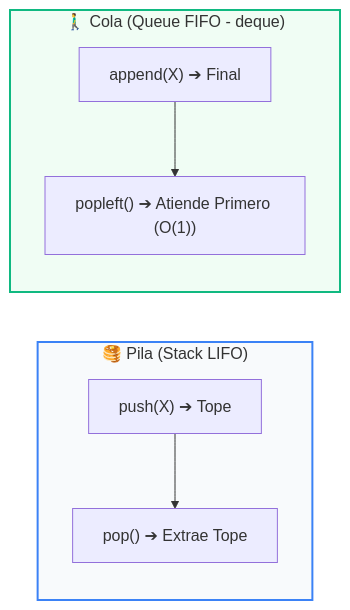
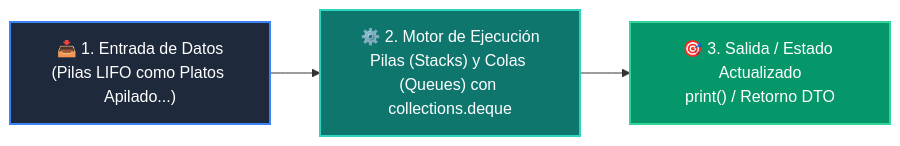
One commit to wisrovi/wisrovi-python changed the diagram in 02-algoritmos-estructuras/clase-02-pilas-y-colas/README.md. Above: the diagram before and after it, drawn with Mermaid. The commit also changed other lines of this file and 54 other files, not shown here.

Commit message:
refactor: clean repository root by moving maintenance scripts to scripts/ and restore rich high-contrast Mermaid diagrams for all classes and examples

````diff
--- a/02-algoritmos-estructuras/clase-02-pilas-y-colas/README.md
+++ b/02-algoritmos-estructuras/clase-02-pilas-y-colas/README.md
@@ -12,12 +12,9 @@
 ```mermaid
 flowchart LR
-    subgraph Pila["🥞 Pila (Stack LIFO)"]
-        P_IN["push(X) ➔ Tope"] --> P_OUT["pop() ➔ Extrae Tope"]
-    end
-    subgraph Cola["🚶‍♂️ Cola (Queue FIFO - deque)"]
-        Q_IN["append(X) ➔ Final"] --> Q_OUT["popleft() ➔ Atiende Primero (O(1))"]
-    end
+    A["📥 1. Entrada de Datos<br/>(Pilas LIFO como Platos Apilado...)"] --> B["⚙️ 2. Motor de Ejecución<br/>Pilas (Stacks) y Colas (Queues) con collections.deque"]
+    B --> C["🎯 3. Salida / Estado Actualizado<br/>print() / Retorno DTO"]
 
-    style Pila fill:#f8fafc,stroke:#3b82f6,stroke-width:2px
-    style Cola fill:#f0fdf4,stroke:#10b981,stroke-width:2px
+    style A fill:#1e293b,color:#ffffff,stroke:#3b82f6,stroke-width:2px
+    style B fill:#0f766e,color:#ffffff,stroke:#2dd4bf,stroke-width:2px
+    style C fill:#059669,color:#ffffff,stroke:#34d399,stroke-width:2px
 ```
````
